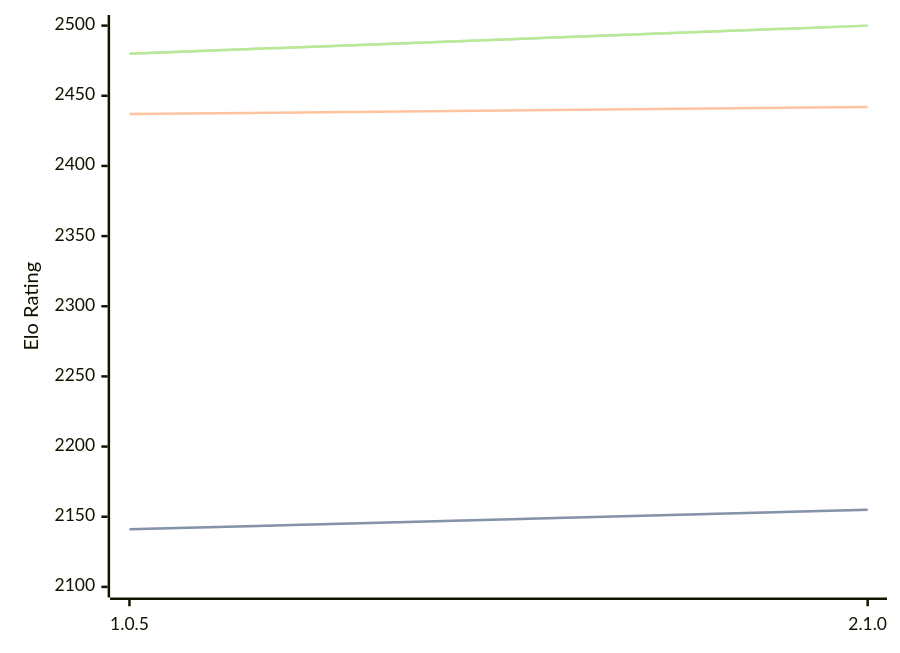
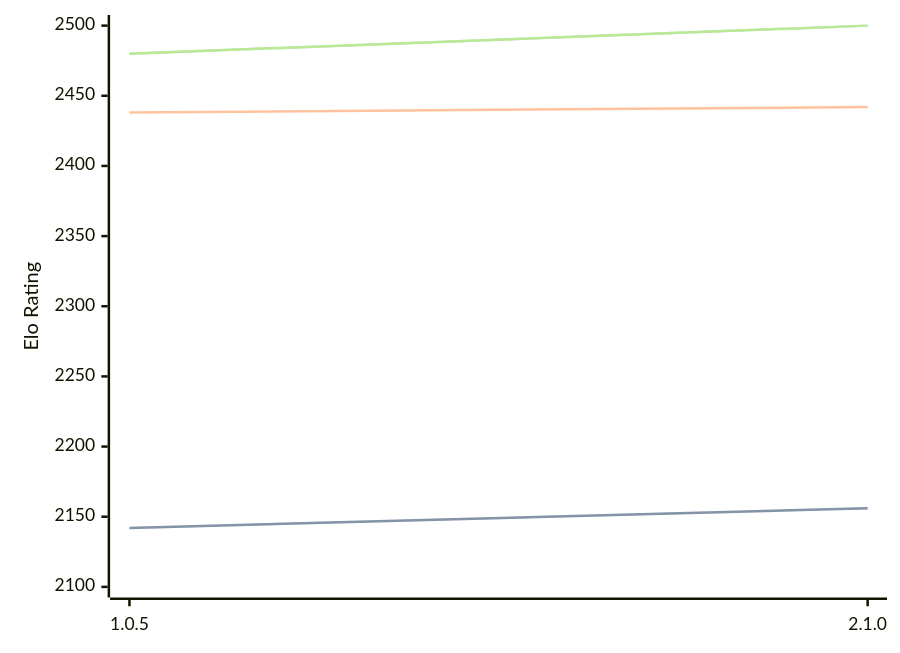
One commit to computer-chess-index/cci changed the diagram in engines/Ruffian.md. Above: the diagram before and after it, drawn with Mermaid. The commit also changed other lines of this file, not shown here.

````diff
--- a/engines/Ruffian.md
+++ b/engines/Ruffian.md
@@ -32,11 +32,11 @@
 ```mermaid
 %%{init: {"theme":"base","themeVariables":{"seriesColors:['#a3a3a3','#222221','#faa371']}}}%%
 xychart-beta
   x-axis ["1.0.5", "2.1.0"]
   y-axis "Elo Rating" 2100 --> 2500
-  line "" [2141, 2155]
-  line "STC (8.0+0.08s)" [2141, 2155]
-  line "LTC (60.0+0.60s)" [2437, 2442]
+  line "" [2142, 2156]
+  line "STC (8.0+0.08s)" [2142, 2156]
+  line "LTC (60.0+0.60s)" [2438, 2442]
   line "" [2480, 2500]
   line "VLTC (2m24s+1.12s)" [2480, 2500]
 ```
````
